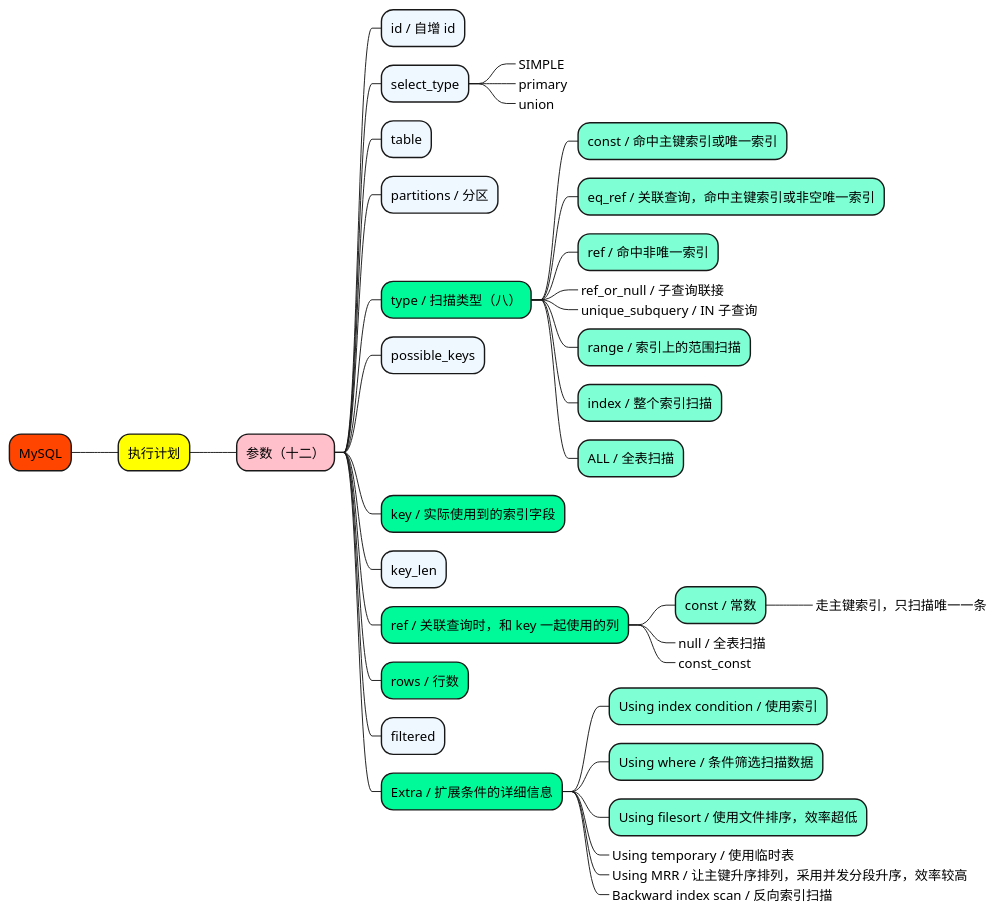
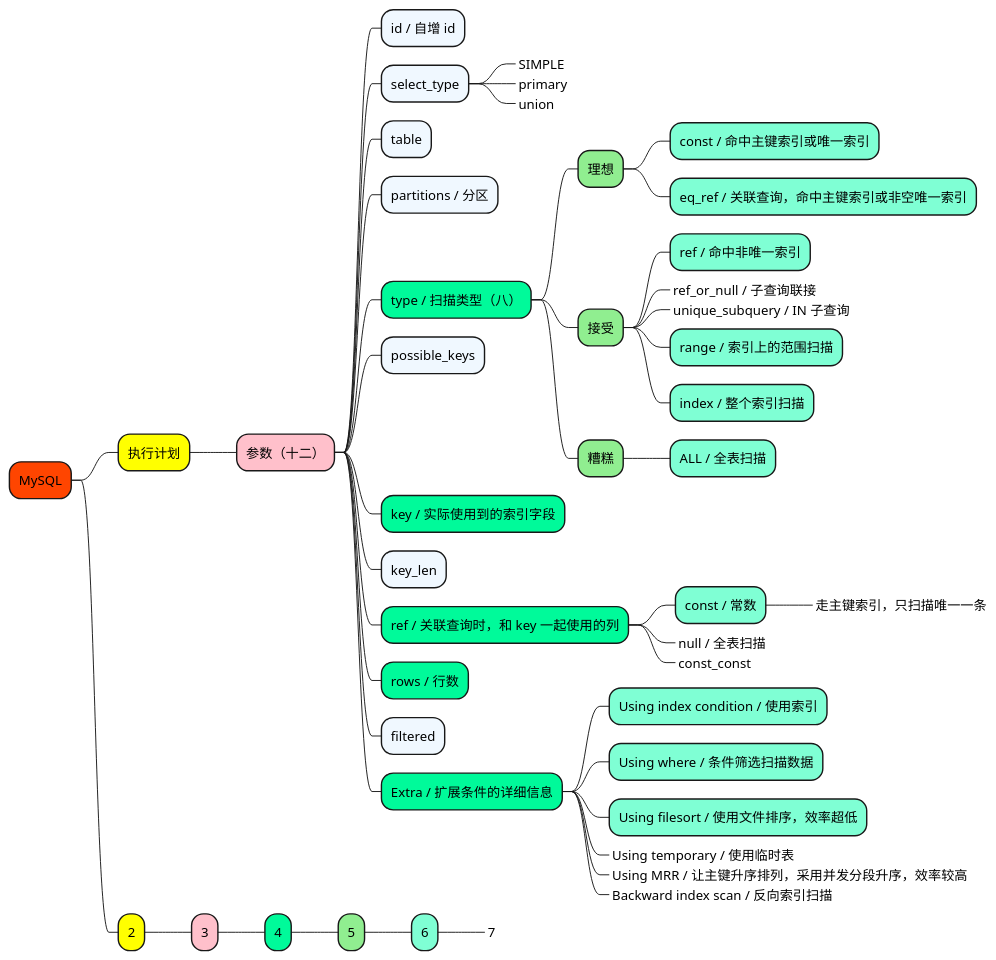
One commit to doveg/self-cultivation-of-a-software-engineer changed the diagram in 1_map/4-database/MySQL-执行计划.puml. Above: the diagram before and after it, drawn with PlantUML. The commit also changed 26 other files, not shown here.

```diff
--- a/1_map/4-database/MySQL-执行计划.puml
+++ b/1_map/4-database/MySQL-执行计划.puml
@@ -1,50 +1,66 @@
 @startmindmap
 
 +[#OrangeRed] MySQL
 
 ++[#yellow] 执行计划
 
 +++[#Pink] 参数（十二）
 ++++[#AliceBlue] id / 自增 id
 ++++[#AliceBlue] select_type
 +++++_ SIMPLE
 +++++_ primary
 +++++_ union
 ++++[#AliceBlue] table
 ++++[#AliceBlue] partitions / 分区
 
 ++++[#MediumSpringGreen] type / 扫描类型（八）
-+++++[#Aquamarine] const / 命中主键索引或唯一索引
-+++++[#Aquamarine] eq_ref / 关联查询，命中主键索引或非空唯一索引
-+++++[#Aquamarine] ref / 命中非唯一索引
-+++++[#Aquamarine]_ ref_or_null / 子查询联接
-+++++[#Aquamarine]_ unique_subquery / IN 子查询
-+++++[#Aquamarine] range / 索引上的范围扫描
-+++++[#Aquamarine] index / 整个索引扫描
-+++++[#Aquamarine] ALL / 全表扫描
++++++[#LightGreen] 理想
+++++++[#Aquamarine] const / 命中主键索引或唯一索引
+++++++[#Aquamarine] eq_ref / 关联查询，命中主键索引或非空唯一索引
++++++[#LightGreen] 接受
+++++++[#Aquamarine] ref / 命中非唯一索引
+++++++[#Aquamarine]_ ref_or_null / 子查询联接
+++++++[#Aquamarine]_ unique_subquery / IN 子查询
+++++++[#Aquamarine] range / 索引上的范围扫描
+++++++[#Aquamarine] index / 整个索引扫描
++++++[#LightGreen] 糟糕
+++++++[#Aquamarine] ALL / 全表扫描
 
 ++++[#AliceBlue] possible_keys
 
 ++++[#MediumSpringGreen] key / 实际使用到的索引字段
 
 ++++[#AliceBlue] key_len
 
 ++++[#MediumSpringGreen] ref / 关联查询时，和 key 一起使用的列
 +++++[#Aquamarine] const / 常数
 ++++++[#Aquamarine]_ 走主键索引，只扫描唯一一条
 +++++[#Aquamarine]_ null / 全表扫描
 +++++[#Aquamarine]_ const_const
 
 ++++[#MediumSpringGreen] rows / 行数
 ++++[#AliceBlue] filtered
 
 ++++[#MediumSpringGreen] Extra / 扩展条件的详细信息
 +++++[#Aquamarine] Using index condition / 使用索引
 +++++[#Aquamarine] Using where / 条件筛选扫描数据
 +++++[#Aquamarine] Using filesort / 使用文件排序，效率超低
 +++++[#Aquamarine]_ Using temporary / 使用临时表
 +++++[#Aquamarine]_ Using MRR / 让主键升序排列，采用并发分段升序，效率较高
 +++++[#Aquamarine]_ Backward index scan / 反向索引扫描
 
 
+
+++[#yellow] 2
+
++++[#Pink] 3
+
+++++[#MediumSpringGreen] 4
++++++[#LightGreen] 5
+++++++[#Aquamarine] 6
++++++++[#Aquamarine]_ 7
+
+
+
+
 @endmindmap
```
